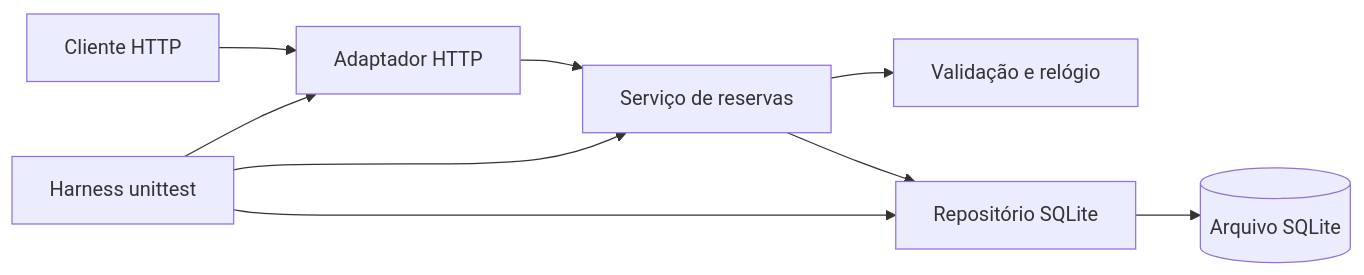
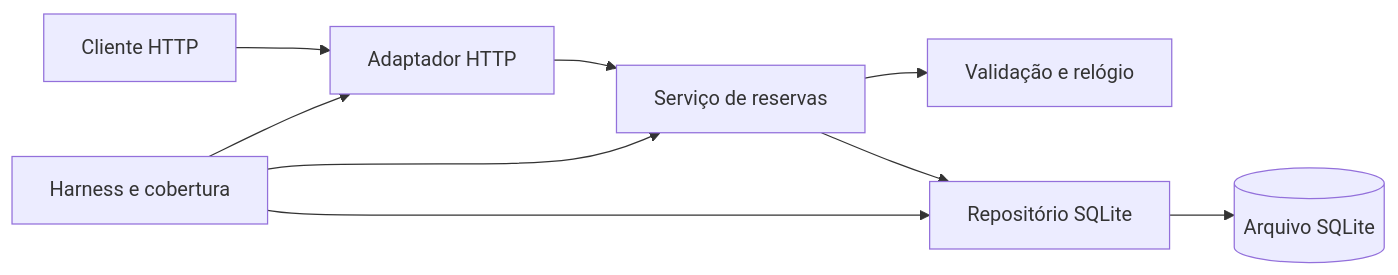
One commit to herethere04/reservalab-sdd changed the diagram in README.md. Above: the diagram before and after it, drawn with Mermaid. The commit also changed other lines of this file and 64 other files, not shown here.

````diff
--- a/README.md
+++ b/README.md
@@ -76,11 +94,11 @@
 ```mermaid
 flowchart LR
     C[Cliente HTTP] --> H[Adaptador HTTP]
     H --> S[Serviço de reservas]
     S --> V[Validação e relógio]
     S --> R[Repositório SQLite]
     R --> B[(Arquivo SQLite)]
-    T[Harness unittest] --> H
+    T[Harness e cobertura] --> H
     T --> S
     T --> R
 ```
````
